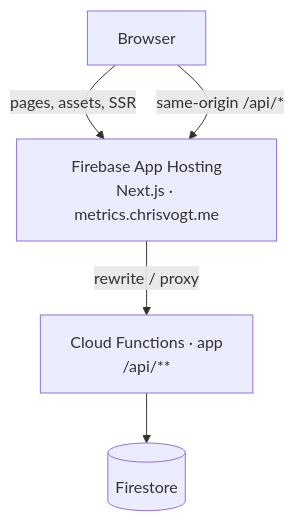
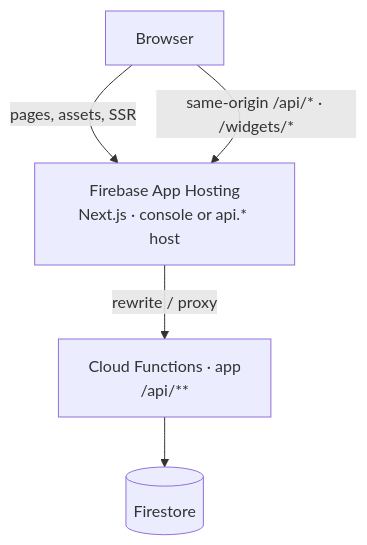
One commit to chrisvogt/metrics changed the second of 5 diagrams in README.md. Above: the diagram before and after it, drawn with Mermaid. The commit also changed other lines of this file and 44 other files, not shown here.

````diff
--- a/README.md
+++ b/README.md
@@ -72,11 +95,11 @@
 ```mermaid
 flowchart TB
   browser[Browser]
-  ah[Firebase App Hosting<br/>Next.js · metrics.chrisvogt.me]
+  ah[Firebase App Hosting<br/>Next.js · console or api.* host]
   cf[Cloud Functions · app<br/>/api/**]
   fs[(Firestore)]
   browser -->|pages, assets, SSR| ah
-  browser -->|same-origin /api/*| ah
+  browser -->|same-origin /api/* · /widgets/*| ah
   ah -->|rewrite / proxy| cf
   cf --> fs
 ```
````
